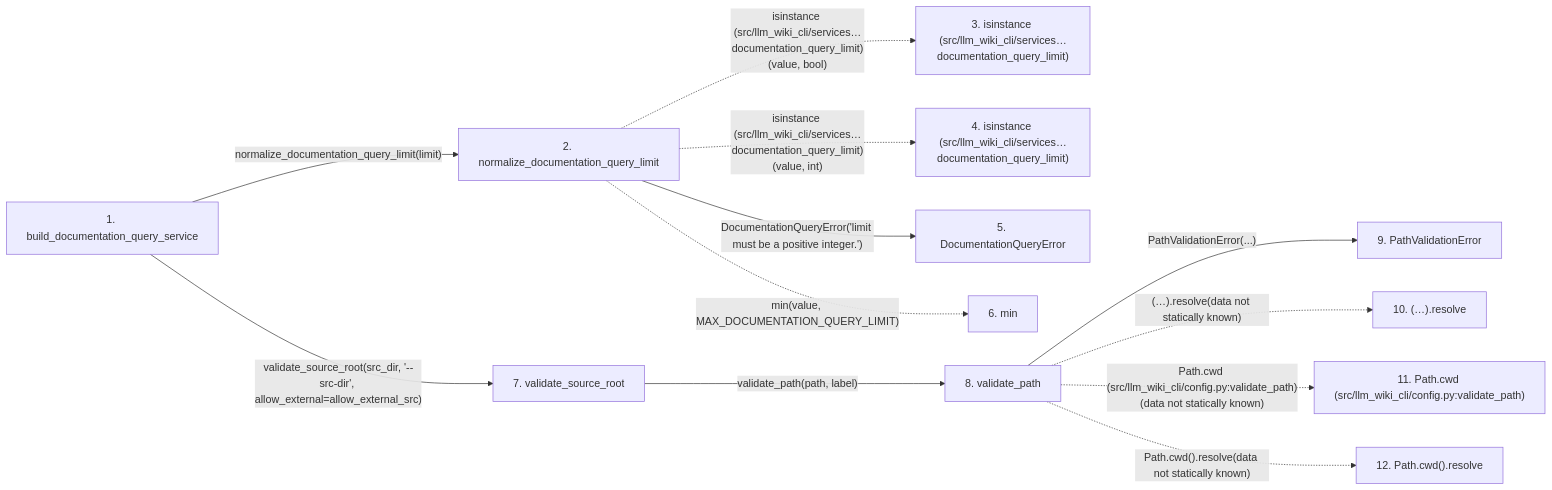
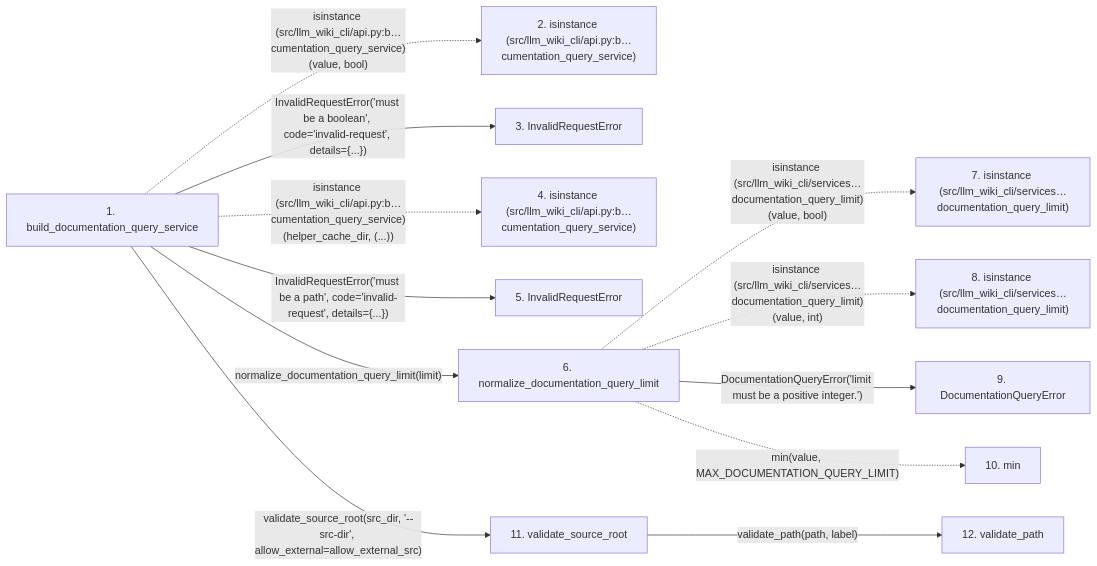
One commit to Denissvgn/python-wiki-llm changed the second of 2 diagrams in docs/llm_wiki/flows/api-build_documentation_query_service.md. Above: the diagram before and after it, drawn with Mermaid. The commit also changed other lines of this file and 398 other files, not shown here.

````diff
--- a/docs/llm_wiki/flows/api-build_documentation_query_service.md
+++ b/docs/llm_wiki/flows/api-build_documentation_query_service.md
@@ -89,32 +90,33 @@
 ```mermaid
 flowchart LR
     s1["1. build_documentation_query_service"]
-    s2["2. normalize_documentation_query_limit"]
-    s3["3. isinstance (src/llm_wiki_cli/services…documentation_query_limit)"]
-    s4["4. isinstance (src/llm_wiki_cli/services…documentation_query_limit)"]
-    s5["5. DocumentationQueryError"]
-    s6["6. min"]
-    s7["7. validate_source_root"]
-    s8["8. validate_path"]
-    s9["9. PathValidationError"]
-    s10["10. (…).resolve"]
-    s11["11. Path.cwd (src/llm_wiki_cli/config.py:validate_path)"]
-    s12["12. Path.cwd().resolve"]
-    s1 -->|"normalize_documentation_query_limit(limit)"| s2
-    s2 -. "isinstance (src/llm_wiki_cli/services…documentation_query_limit)(value, bool)" .-> s3
-    s2 -. "isinstance (src/llm_wiki_cli/services…documentation_query_limit)(value, int)" .-> s4
-    s2 -->|"DocumentationQueryError('limit must be a positive integer.')"| s5
-    s2 -. "min(value, MAX_DOCUMENTATION_QUERY_LIMIT)" .-> s6
-    s1 -->|"validate_source_root(src_dir, '--src-dir', allow_external=allow_external_src)"| s7
-    s7 -->|"validate_path(path, label)"| s8
-    s8 -->|"PathValidationError(...)"| s9
-    s8 -. "(…).resolve(data not statically known)" .-> s10
-    s8 -. "Path.cwd (src/llm_wiki_cli/config.py:validate_path)(data not statically known)" .-> s11
-    s8 -. "Path.cwd().resolve(data not statically known)" .-> s12
+    s2["2. isinstance (src/llm_wiki_cli/api.py:b…cumentation_query_service)"]
+    s3["3. InvalidRequestError"]
+    s4["4. isinstance (src/llm_wiki_cli/api.py:b…cumentation_query_service)"]
+    s5["5. InvalidRequestError"]
+    s6["6. normalize_documentation_query_limit"]
+    s7["7. isinstance (src/llm_wiki_cli/services…documentation_query_limit)"]
+    s8["8. isinstance (src/llm_wiki_cli/services…documentation_query_limit)"]
+    s9["9. DocumentationQueryError"]
+    s10["10. min"]
+    s11["11. validate_source_root"]
+    s12["12. validate_path"]
+    s1 -. "isinstance (src/llm_wiki_cli/api.py:b…cumentation_query_service)(value, bool)" .-> s2
+    s1 -->|"InvalidRequestError('must be a boolean', code='invalid-request', details={...})"| s3
+    s1 -. "isinstance (src/llm_wiki_cli/api.py:b…cumentation_query_service)(helper_cache_dir, (...))" .-> s4
+    s1 -->|"InvalidRequestError('must be a path', code='invalid-request', details={...})"| s5
+    s1 -->|"normalize_documentation_query_limit(limit)"| s6
+    s6 -. "isinstance (src/llm_wiki_cli/services…documentation_query_limit)(value, bool)" .-> s7
+    s6 -. "isinstance (src/llm_wiki_cli/services…documentation_query_limit)(value, int)" .-> s8
+    s6 -->|"DocumentationQueryError('limit must be a positive integer.')"| s9
+    s6 -. "min(value, MAX_DOCUMENTATION_QUERY_LIMIT)" .-> s10
+    s1 -->|"validate_source_root(src_dir, '--src-dir', allow_external=allow_external_src)"| s11
+    s11 -->|"validate_path(path, label)"| s12
     click s1 "../modules/api.md"
-    click s2 "../modules/documentation_query_builder.md"
-    click s5 "../modules/documentation_queries.md"
-    click s7 "../modules/config.md"
-    click s8 "../modules/config.md"
-    click s9 "../modules/config.md"
+    click s3 "../modules/api.md"
+    click s5 "../modules/api.md"
+    click s6 "../modules/documentation_query_builder.md"
+    click s9 "../modules/documentation_queries.md"
+    click s11 "../modules/config.md"
+    click s12 "../modules/config.md"
 ```
````
